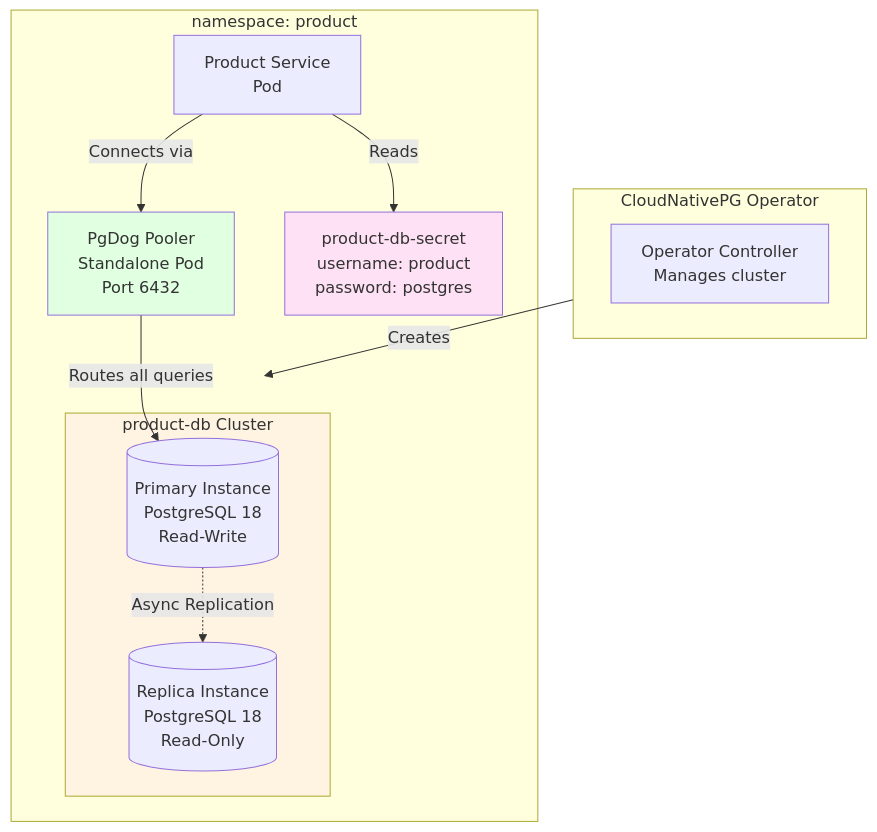
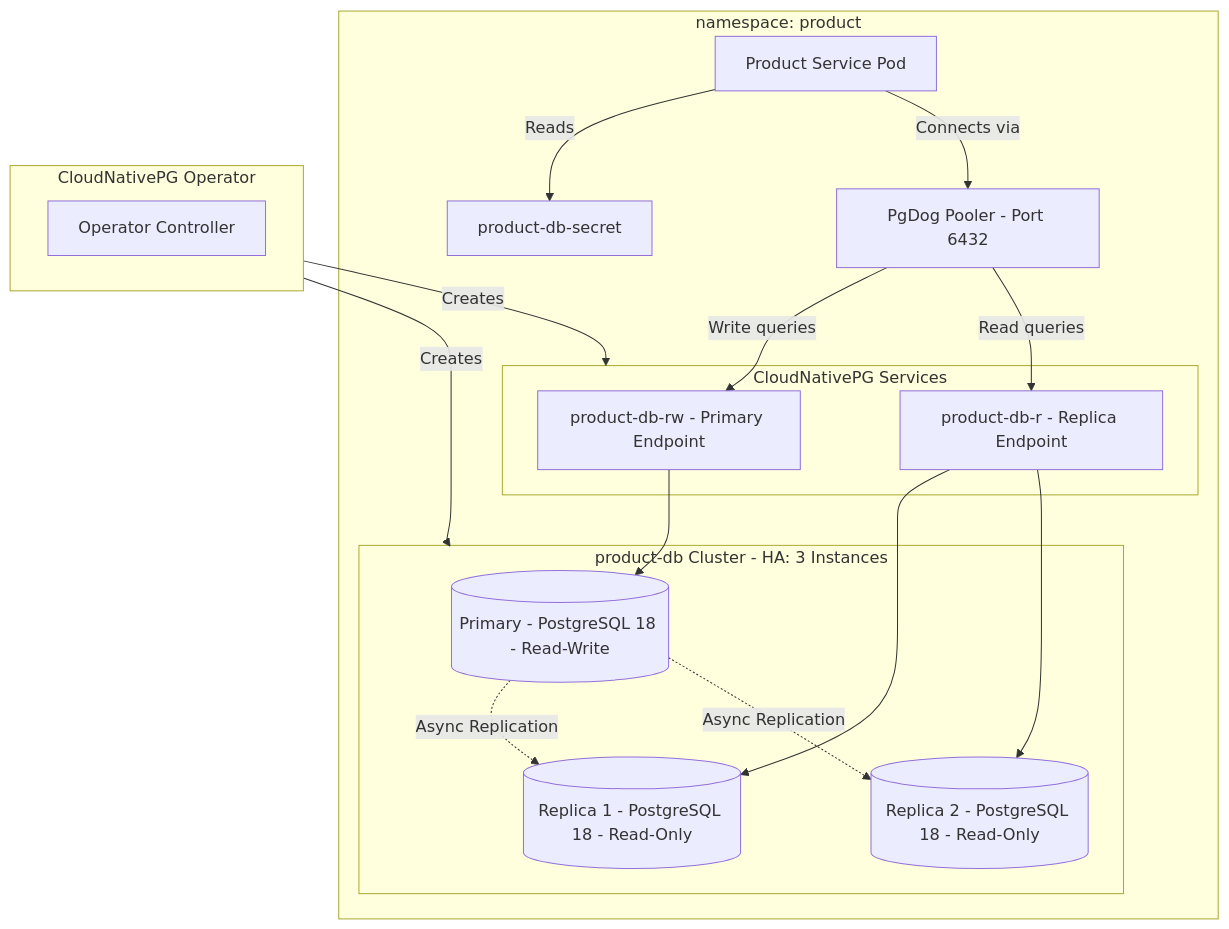
One commit to duynhlab/homelab changed the second of 12 diagrams in docs/databases/DATABASE.md. Above: the diagram before and after it, drawn with Mermaid. The commit also changed other lines of this file and 1 other file, not shown here.

````diff
--- a/docs/databases/DATABASE.md
+++ b/docs/databases/DATABASE.md
@@ -193,28 +186,36 @@
 ```mermaid
 flowchart TB
     subgraph ProductNS["namespace: product"]
-        ProductSvc[Product Service<br/>Pod]
-        PgDog[PgDog Pooler<br/>Standalone Pod<br/>Port 6432]
+        ProductSvc["Product Service Pod"]
+        PgDog["PgDog Pooler - Port 6432"]
         
-        subgraph ProductDB["product-db Cluster"]
-            Primary[(Primary Instance<br/>PostgreSQL 18<br/>Read-Write)]
-            Replica[(Replica Instance<br/>PostgreSQL 18<br/>Read-Only)]
+        subgraph ProductDB["product-db Cluster - HA: 3 Instances"]
+            Primary[("Primary - PostgreSQL 18 - Read-Write")]
+            Replica1[("Replica 1 - PostgreSQL 18 - Read-Only")]
+            Replica2[("Replica 2 - PostgreSQL 18 - Read-Only")]
         end
         
-        Secret[product-db-secret<br/>username: product<br/>password: postgres]
+        subgraph ProductServices["CloudNativePG Services"]
+            ProductRW["product-db-rw - Primary Endpoint"]
+            ProductR["product-db-r - Replica Endpoint"]
+        end
+        
+        Secret["product-db-secret"]
     end
     
     subgraph CloudNativePG["CloudNativePG Operator"]
-        Operator[Operator Controller<br/>Manages cluster]
+        Operator["Operator Controller"]
     end
     
     CloudNativePG -->|Creates| ProductDB
+    CloudNativePG -->|Creates| ProductServices
     ProductSvc -->|Reads| Secret
     ProductSvc -->|Connects via| PgDog
-    PgDog -->|Routes all queries| Primary
-    Primary -.->|Async Replication| Replica
-    
-    style ProductDB fill:#fff4e1
-    style PgDog fill:#e1ffe1
-    style Secret fill:#ffe1f5
+    PgDog -->|Write queries| ProductRW
+    PgDog -->|Read queries| ProductR
+    ProductRW --> Primary
+    ProductR --> Replica1
+    ProductR --> Replica2
+    Primary -.->|Async Replication| Replica1
+    Primary -.->|Async Replication| Replica2
 ```
````
